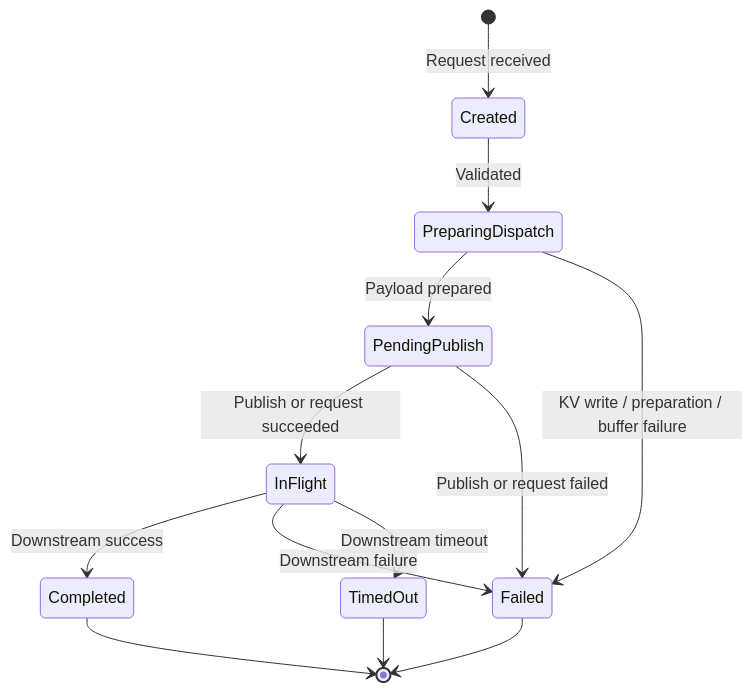
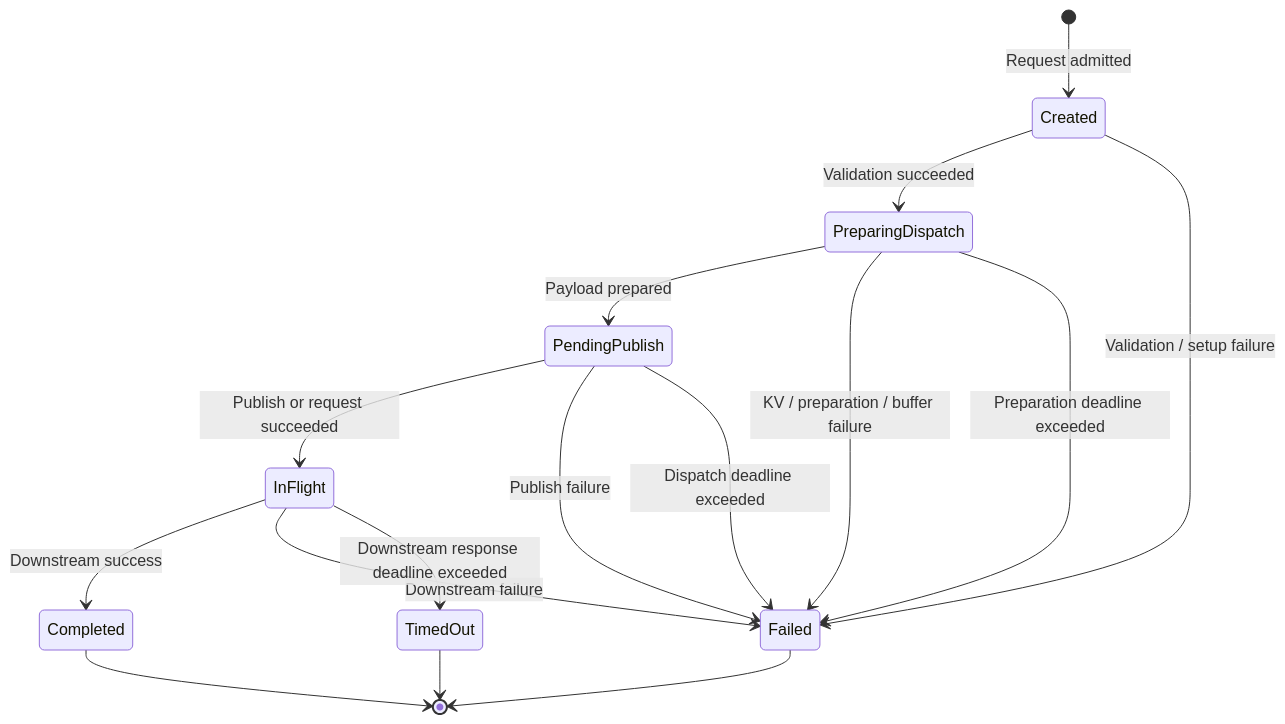
One commit to routerarchitects/TIP-olg-ucentral-client changed the third of 5 diagrams in HIGH_LEVEL_DESIGN.md. Above: the diagram before and after it, drawn with Mermaid. The commit also changed other lines of this file and 4 other files, not shown here.

````diff
--- a/HIGH_LEVEL_DESIGN.md
+++ b/HIGH_LEVEL_DESIGN.md
@@ -180,19 +180,23 @@
 ```mermaid
 stateDiagram-v2
-    [*] --> Created : Request received
-    Created --> PreparingDispatch : Validated
+    [*] --> Created : Request admitted
+
+    Created --> PreparingDispatch : Validation succeeded
+    Created --> Failed : Validation / setup failure
 
     PreparingDispatch --> PendingPublish : Payload prepared
-    PreparingDispatch --> Failed : KV write / preparation / buffer failure
+    PreparingDispatch --> Failed : KV / preparation / buffer failure
+    PreparingDispatch --> Failed : Preparation deadline exceeded
 
     PendingPublish --> InFlight : Publish or request succeeded
-    PendingPublish --> Failed : Publish or request failed
+    PendingPublish --> Failed : Publish failure
+    PendingPublish --> Failed : Dispatch deadline exceeded
 
     InFlight --> Completed : Downstream success
     InFlight --> Failed : Downstream failure
-    InFlight --> TimedOut : Downstream timeout
+    InFlight --> TimedOut : Downstream response deadline exceeded
 
     Completed --> [*]
     Failed --> [*]
     TimedOut --> [*]
 ```
````
